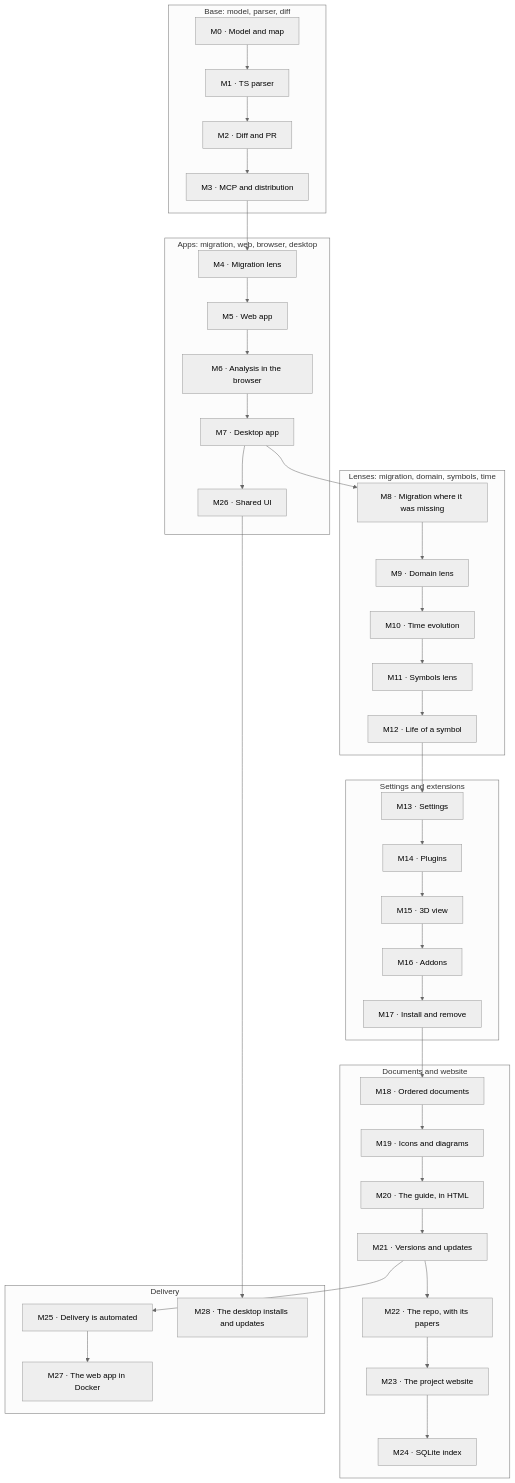
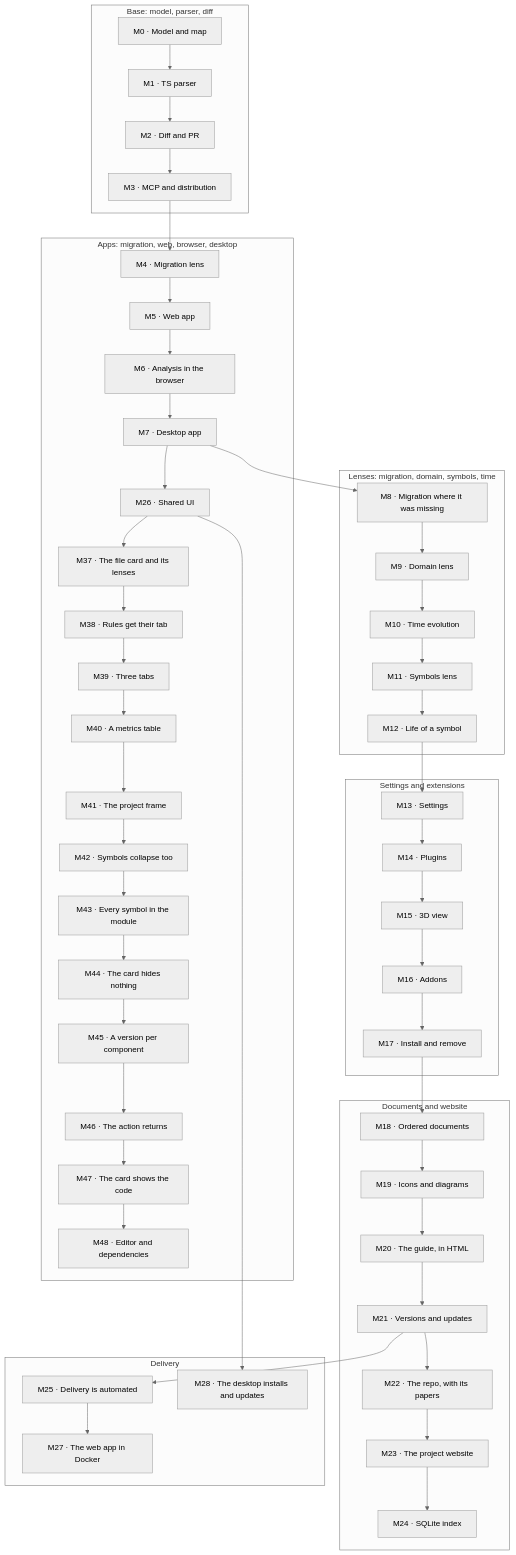
The diagram in apps/site/docs/en/adr/roadmap.md (jaminsmoke/codarch), drawn with Mermaid (neutral theme) before and after one commit. The commit also changed other lines of this file, not shown here.

First line of the commit message:
docs: bring the English roadmap up to M49

````diff
--- a/apps/site/docs/en/adr/roadmap.md
+++ b/apps/site/docs/en/adr/roadmap.md
@@ -39,44 +41,56 @@
 ```mermaid
 flowchart TD
   subgraph base["Base: model, parser, diff"]
     M0["M0 · Model and map"] --> M1["M1 · TS parser"]
     M1 --> M2["M2 · Diff and PR"]
     M2 --> M3["M3 · MCP and distribution"]
   end
   subgraph apps["Apps: migration, web, browser, desktop"]
     M4["M4 · Migration lens"] --> M5["M5 · Web app"]
     M5 --> M6["M6 · Analysis in the browser"]
     M6 --> M7["M7 · Desktop app"]
     M7 --> M26["M26 · Shared UI"]
+    M26 --> M37["M37 · The file card and its lenses"]
+    M37 --> M38["M38 · Rules get their tab"]
+    M38 --> M39["M39 · Three tabs"]
+    M39 --> M40["M40 · A metrics table"]
+    M40 --> M41["M41 · The project frame"]
+    M41 --> M42["M42 · Symbols collapse too"]
+    M42 --> M43["M43 · Every symbol in the module"]
+    M43 --> M44["M44 · The card hides nothing"]
+    M44 --> M45["M45 · A version per component"]
+    M45 --> M46["M46 · The action returns"]
+    M46 --> M47["M47 · The card shows the code"]
+    M47 --> M48["M48 · Editor and dependencies"]
   end
   subgraph lenses["Lenses: migration, domain, symbols, time"]
     M8["M8 · Migration where it was missing"] --> M9["M9 · Domain lens"]
     M9 --> M10["M10 · Time evolution"]
     M10 --> M11["M11 · Symbols lens"]
     M11 --> M12["M12 · Life of a symbol"]
   end
   subgraph ext["Settings and extensions"]
     M13["M13 · Settings"] --> M14["M14 · Plugins"]
     M14 --> M15["M15 · 3D view"]
     M15 --> M16["M16 · Addons"]
     M16 --> M17["M17 · Install and remove"]
   end
   subgraph docs["Documents and website"]
     M18["M18 · Ordered documents"] --> M19["M19 · Icons and diagrams"]
     M19 --> M20["M20 · The guide, in HTML"]
     M20 --> M21["M21 · Versions and updates"]
     M21 --> M22["M22 · The repo, with its papers"]
     M22 --> M23["M23 · The project website"]
     M23 --> M24["M24 · SQLite index"]
   end
   subgraph delivery["Delivery"]
     M25["M25 · Delivery is automated"]
     M25 --> M27["M27 · The web app in Docker"]
     M26 --> M28["M28 · The desktop installs and updates"]
   end
   M3 --> M4
   M7 --> M8
   M12 --> M13
   M17 --> M18
   M21 --> M25
 ```
````
